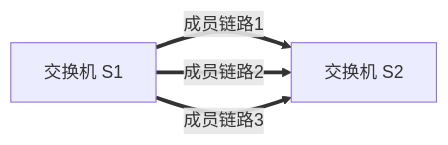
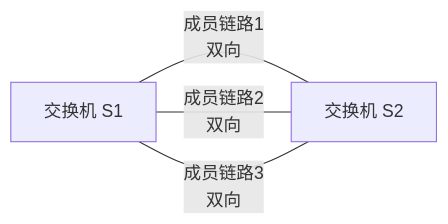
One commit to 74262195/system-architect-notes changed the third of 3 diagrams in 01_综合知识/01_计算机系统基础知识/03_计算机网络/04_局域网与二层技术/STP与链路聚合.md. Above: the diagram before and after it, drawn with Mermaid. The commit also changed other lines of this file, not shown here.

Commit message:
docs: fix bidirectional link diagrams in STP note

````diff
--- a/01_综合知识/01_计算机系统基础知识/03_计算机网络/04_局域网与二层技术/STP与链路聚合.md
+++ b/01_综合知识/01_计算机系统基础知识/03_计算机网络/04_局域网与二层技术/STP与链路聚合.md
@@ -134,6 +134,6 @@
 ```mermaid
 flowchart LR
-    S1[交换机 S1] ==>|成员链路1| S2[交换机 S2]
-    S1 ==>|成员链路2| S2
-    S1 ==>|成员链路3| S2
+    S1[交换机 S1] ---|成员链路1<br/>双向| S2[交换机 S2]
+    S1 ---|成员链路2<br/>双向| S2
+    S1 ---|成员链路3<br/>双向| S2
 ```
````
